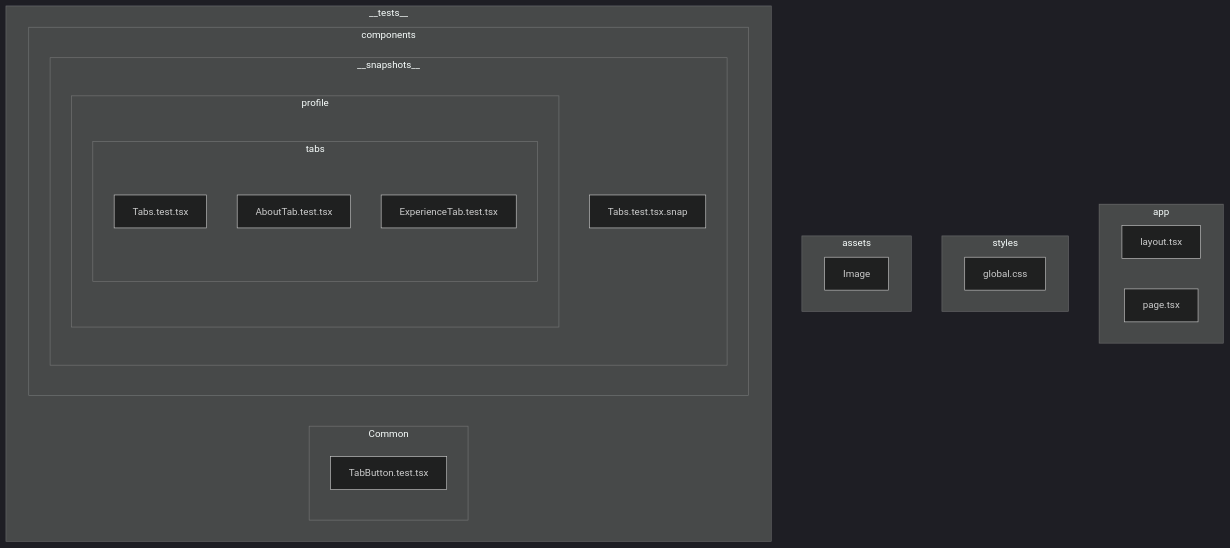
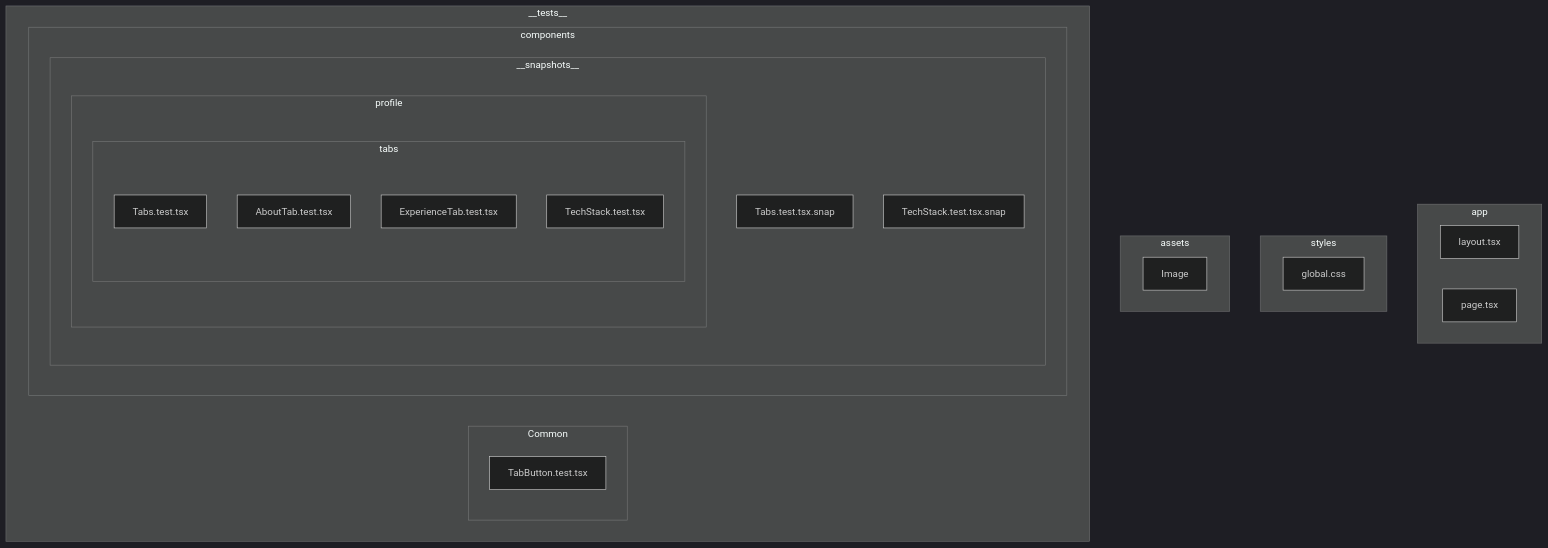
One commit to Chen-Abudi/my-profile-card changed the second of 2 diagrams in README.md. Above: the diagram before and after it, drawn with Mermaid (dark theme).

````diff
--- a/README.md
+++ b/README.md
@@ -71,37 +71,39 @@
 ```mermaid
 
 flowchart TD
   subgraph app
     layout[layout.tsx]
     page[page.tsx]
   end
 
   subgraph styles
     globalcss[global.css]
   end
 
   subgraph assets
     image[Image]
   end
 
   subgraph __tests__
     subgraph Common
       tabbuttontest[TabButton.test.tsx]
     end
 
     subgraph components
       subgraph __snapshots__
         tabstestsnap[Tabs.test.tsx.snap]
+        techstacksnap[TechStack.test.tsx.snap]
         subgraph profile
           subgraph tabs
             tabstest[Tabs.test.tsx]
             abouttabtest[AboutTab.test.tsx]
             experiencetabtest[ExperienceTab.test.tsx]
-            end
+            techstacktest[TechStack.test.tsx]
+          end
         end
       end
     end
   end
 
 
 ```
````
